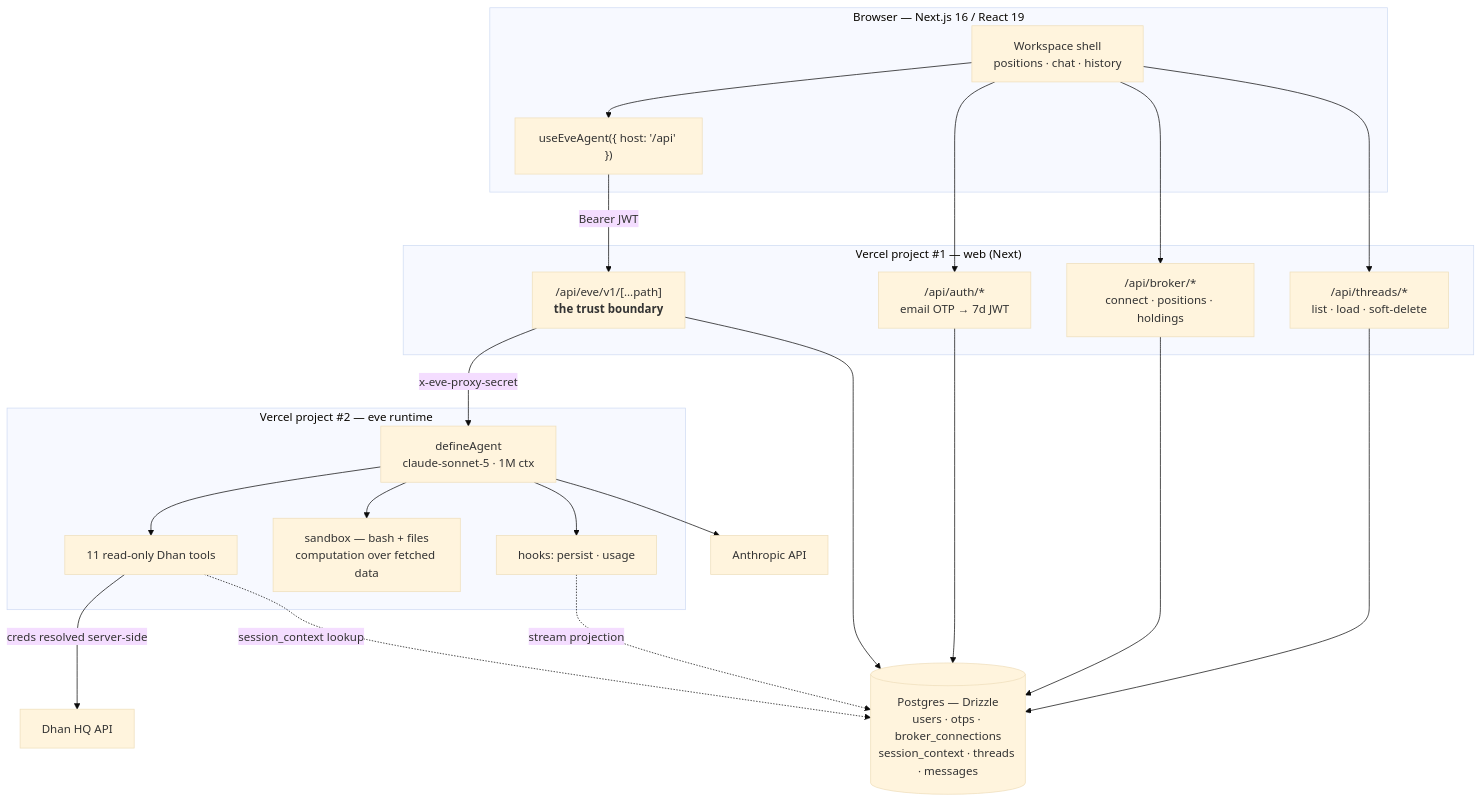
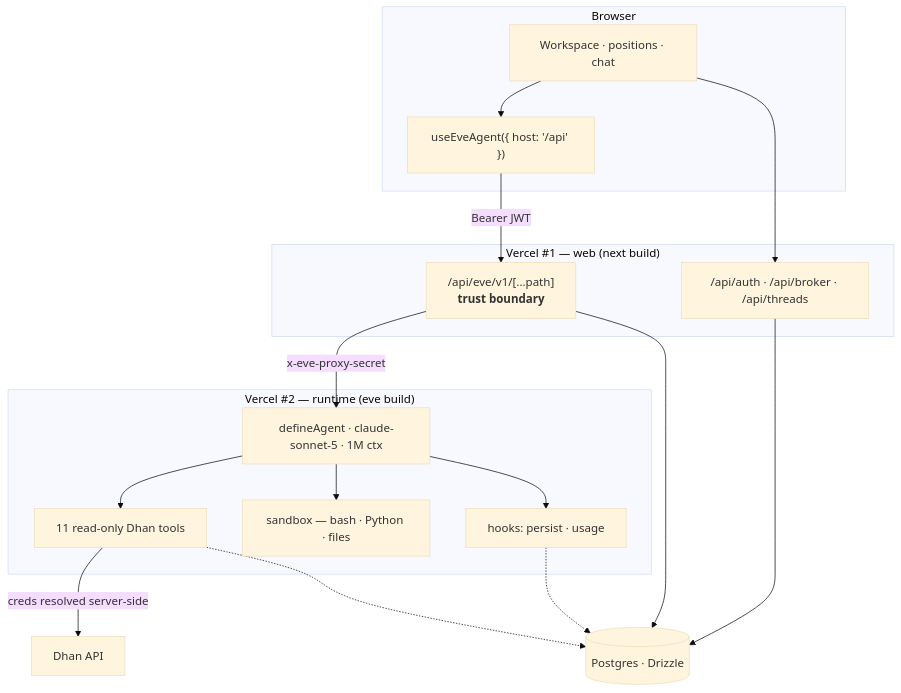
One commit to MADHAN-CJ/zap-eve changed the first of 4 diagrams in README.md. Above: the diagram before and after it, drawn with Mermaid (base theme). The commit also changed other lines of this file, not shown here.

````diff
--- a/README.md
+++ b/README.md
@@ -99,38 +24,31 @@
 ```mermaid
 flowchart TB
-    subgraph browser["Browser — Next.js 16 / React 19"]
-        UI["Workspace shell<br/>positions · chat · history"]
+    subgraph browser["Browser"]
+        UI["Workspace · positions · chat"]
         HOOK["useEveAgent({ host: '/api' })"]
         UI --> HOOK
     end
 
-    subgraph web["Vercel project #1 — web (Next)"]
-        AUTH["/api/auth/*<br/>email OTP → 7d JWT"]
-        BROKER["/api/broker/*<br/>connect · positions · holdings"]
-        THREADS["/api/threads/*<br/>list · load · soft-delete"]
-        PROXY["/api/eve/v1/[...path]<br/><b>the trust boundary</b>"]
+    subgraph web["Vercel #1 — web (next build)"]
+        REST["/api/auth · /api/broker · /api/threads"]
+        PROXY["/api/eve/v1/[...path]<br/><b>trust boundary</b>"]
     end
 
-    subgraph runtime["Vercel project #2 — eve runtime"]
-        AGENT["defineAgent<br/>claude-sonnet-5 · 1M ctx"]
+    subgraph runtime["Vercel #2 — runtime (eve build)"]
+        AGENT["defineAgent · claude-sonnet-5 · 1M ctx"]
         TOOLS["11 read-only Dhan tools"]
-        BOX["sandbox — bash + files<br/>computation over fetched data"]
+        BOX["sandbox — bash · Python · files"]
         HOOKS["hooks: persist · usage"]
-        AGENT --> TOOLS
-        AGENT --> BOX
-        AGENT --> HOOKS
+        AGENT --> TOOLS & BOX & HOOKS
     end
 
-    DB[("Postgres — Drizzle<br/>users · otps · broker_connections<br/>session_context · threads · messages")]
-    DHAN["Dhan HQ API"]
-    ANTHROPIC["Anthropic API"]
+    DB[("Postgres · Drizzle")]
+    DHAN["Dhan API"]
 
     HOOK -->|"Bearer JWT"| PROXY
-    UI --> AUTH & BROKER & THREADS
+    UI --> REST
     PROXY -->|"x-eve-proxy-secret"| AGENT
-    AGENT --> ANTHROPIC
     TOOLS -->|"creds resolved server-side"| DHAN
-    AUTH & BROKER & THREADS & PROXY --> DB
-    TOOLS -.->|"session_context lookup"| DB
-    HOOKS -.->|"stream projection"| DB
+    REST & PROXY --> DB
+    TOOLS & HOOKS -.-> DB
 ```
````
